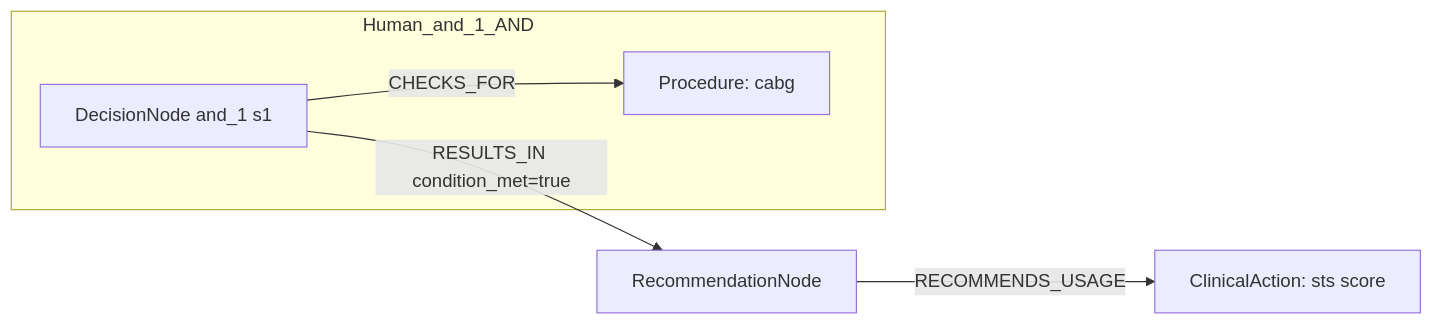
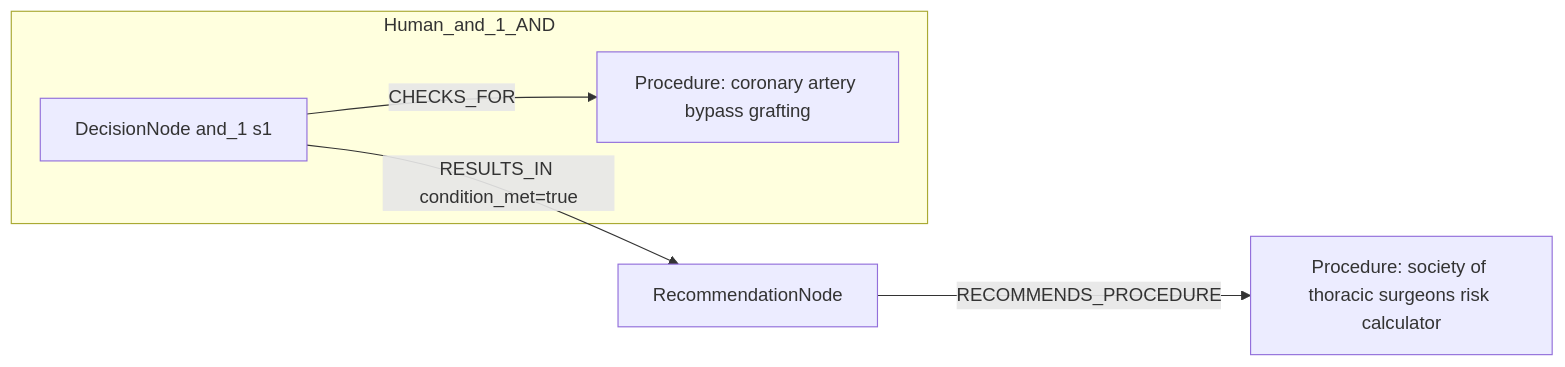
Before and after one commit to dieterich-lab/CardioGuidelinesGraph: the first of 2 diagrams in docs/table22_rows_comparison/row_14.md, drawn with Mermaid. The commit also changed other lines of this file and 27 other files, not shown here.

````diff
--- a/docs/table22_rows_comparison/row_14.md
+++ b/docs/table22_rows_comparison/row_14.md
@@ -286,12 +74,12 @@
 ```mermaid
 graph LR
   REC[RecommendationNode]
-  ACT1[ClinicalAction: sts score]
-  REC -->|RECOMMENDS_USAGE| ACT1
+  ACT1[Procedure: society of thoracic surgeons risk calculator]
+  REC -->|RECOMMENDS_PROCEDURE| ACT1
   subgraph Human_and_1_AND
     D_and_1_1[DecisionNode and_1 s1]
-    C_and_1_1[Procedure: cabg]
+    C_and_1_1[Procedure: coronary artery bypass grafting]
     D_and_1_1 -->|CHECKS_FOR| C_and_1_1
   end
   D_and_1_1 -->|RESULTS_IN condition_met=true| REC
 ```
````
